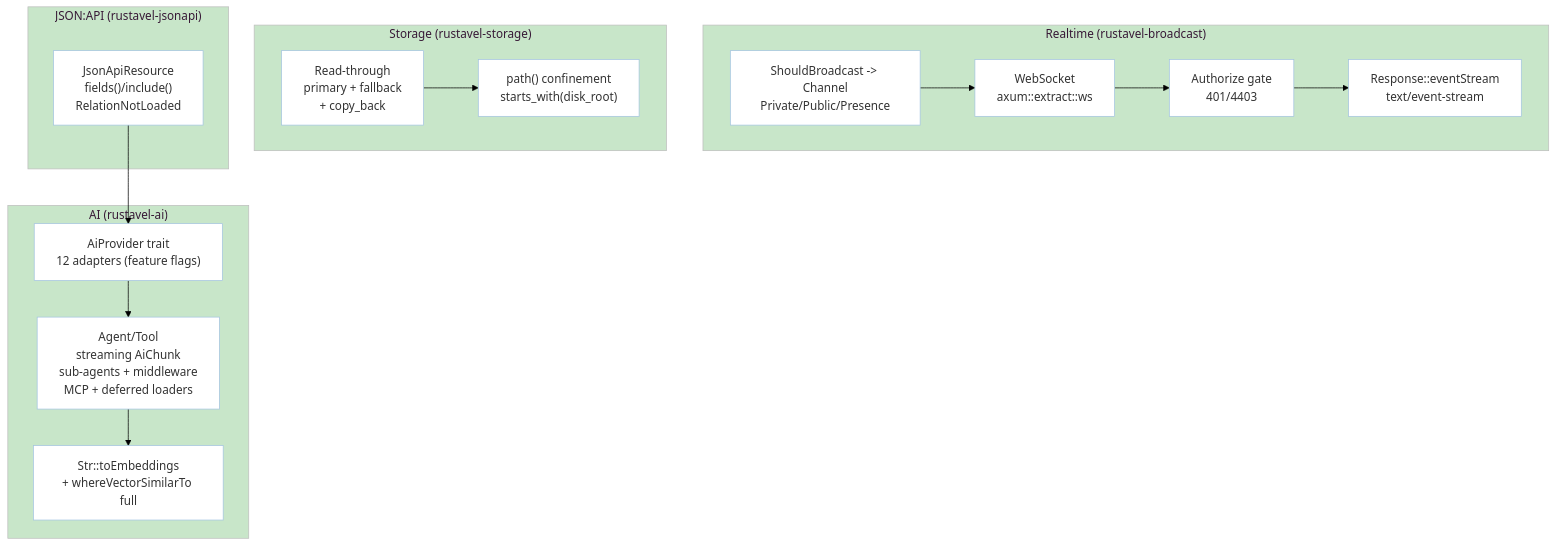
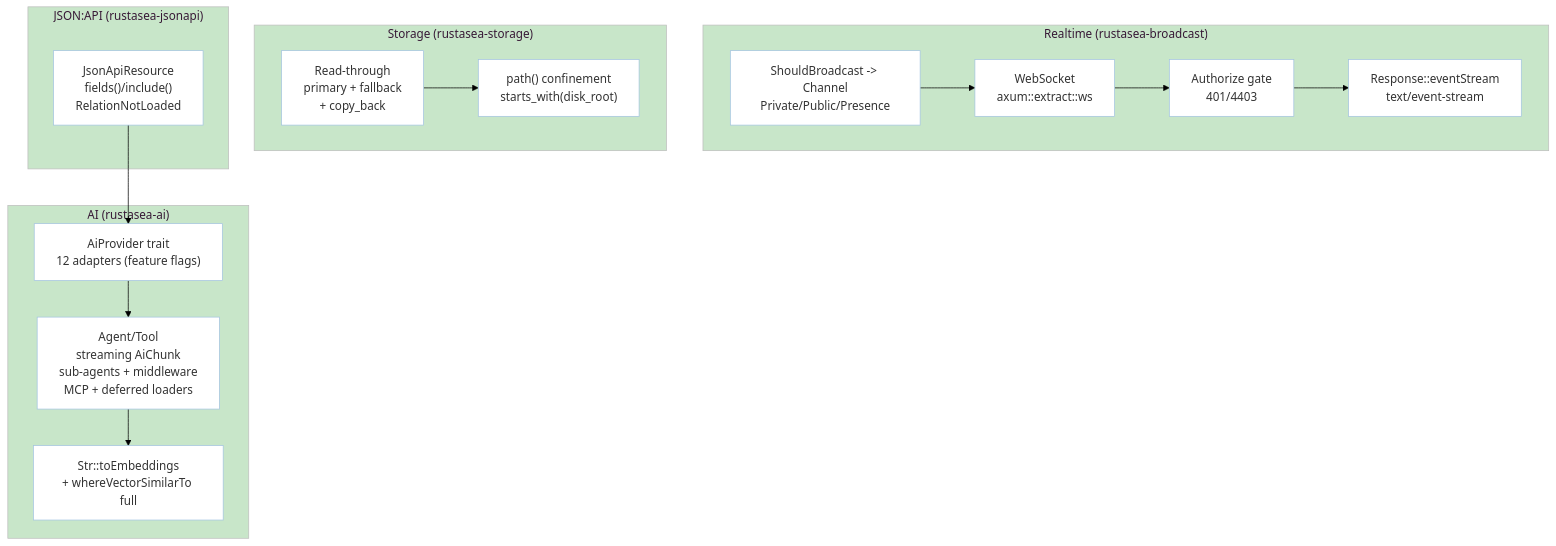
The diagram in .agents/documents/application/modules/intelligence-delivery/overview.md (rustasea/rustasea), drawn with Mermaid before and after one commit. The commit also changed other lines of this file and 405 other files, not shown here.

````diff
--- a/.agents/documents/application/modules/intelligence-delivery/overview.md
+++ b/.agents/documents/application/modules/intelligence-delivery/overview.md
@@ -36,27 +36,27 @@
 ```mermaid
 %%{init: {"theme": "base", "themeVariables": {"background": "#ffffff", "mainBkg": "#ffffff", "primaryColor": "#bbdefb", "secondaryColor": "#fff9c4", "tertiaryColor": "#c8e6c9"}}}%%
 flowchart TB
-    subgraph Realtime["Realtime (rustavel-broadcast)"]
+    subgraph Realtime["Realtime (rustasea-broadcast)"]
         WS["WebSocket\naxum::extract::ws"]
         Channel["ShouldBroadcast -> Channel\nPrivate/Public/Presence"]
         AuthGate["Authorize gate\n401/4403"]
         SSE["Response::eventStream\ntext/event-stream"]
     end
-    subgraph Storage["Storage (rustavel-storage)"]
+    subgraph Storage["Storage (rustasea-storage)"]
         ReadThrough["Read-through\nprimary + fallback\n+ copy_back"]
         PathCheck["path() confinement\nstarts_with(disk_root)"]
     end
-    subgraph JsonApi["JSON:API (rustavel-jsonapi)"]
+    subgraph JsonApi["JSON:API (rustasea-jsonapi)"]
         Resource["JsonApiResource\nfields()/include()\nRelationNotLoaded"]
     end
-    subgraph Ai["AI (rustavel-ai)"]
+    subgraph Ai["AI (rustasea-ai)"]
         Provider["AiProvider trait\n12 adapters (feature flags)"]
         Agent["Agent/Tool\nstreaming AiChunk\nsub-agents + middleware\nMCP + deferred loaders"]
         Embed["Str::toEmbeddings\n+ whereVectorSimilarTo full"]
     end
 
     Channel --> WS --> AuthGate --> SSE
     ReadThrough --> PathCheck
     Resource --> Provider
     Provider --> Agent --> Embed
 ```
````
